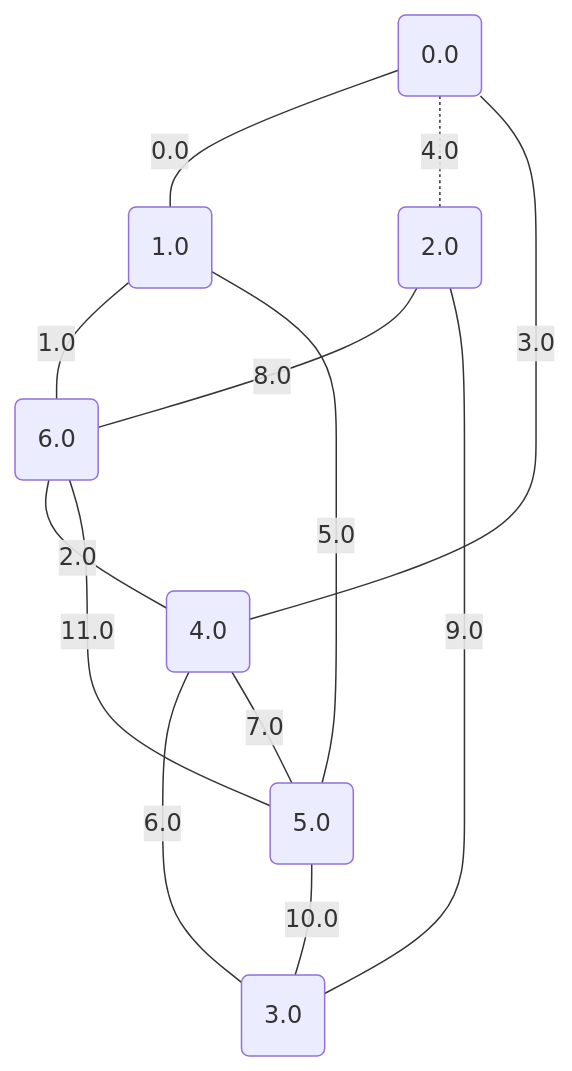
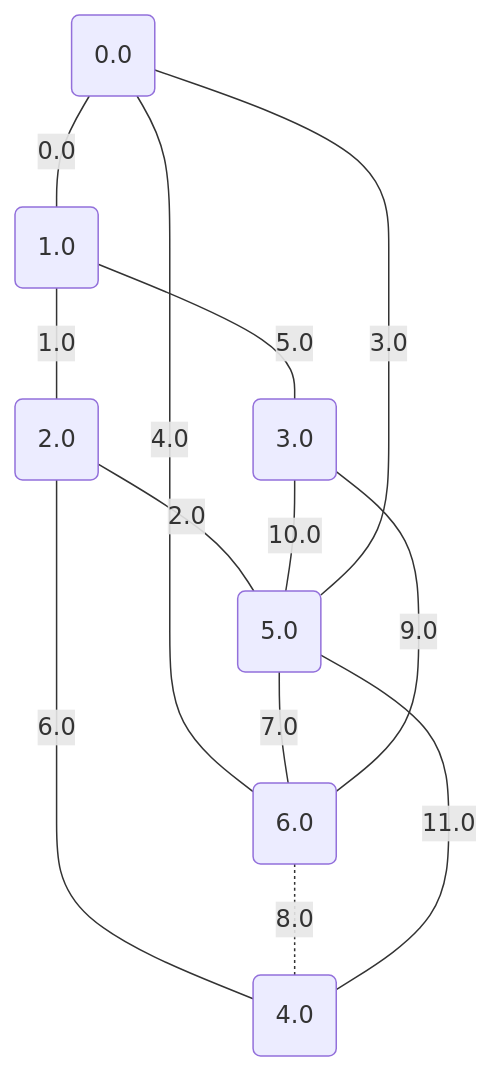
Before and after one commit to metury/graphs: the eighth of 17 diagrams in project/src/testing/minCutPetersen.md, drawn with Mermaid. The commit also changed other lines of this file and 27 other files, not shown here.

````diff
--- a/project/src/testing/minCutPetersen.md
+++ b/project/src/testing/minCutPetersen.md
@@ -218,22 +218,22 @@
 ```mermaid
 graph TD;
 0("0.0");
 1("1.0");
 2("2.0");
 3("3.0");
 4("4.0");
 5("5.0");
 6("6.0");
 	0 -- "0.0" --- 1;
-	1 -- "1.0" --- 6;
-	6 -- "2.0" --- 4;
-	4 -- "3.0" --- 0;
-	0 -. "4.0" -.- 2;
-	1 -- "5.0" --- 5;
-	4 -- "6.0" --- 3;
-	4 -- "7.0" --- 5;
-	2 -- "8.0" --- 6;
-	2 -- "9.0" --- 3;
-	5 -- "10.0" --- 3;
-	6 -- "11.0" --- 5;
+	1 -- "1.0" --- 2;
+	2 -- "2.0" --- 5;
+	5 -- "3.0" --- 0;
+	0 -- "4.0" --- 6;
+	1 -- "5.0" --- 3;
+	2 -- "6.0" --- 4;
+	5 -- "7.0" --- 6;
+	6 -. "8.0" -.- 4;
+	3 -- "9.0" --- 6;
+	3 -- "10.0" --- 5;
+	4 -- "11.0" --- 5;
 ```
````
